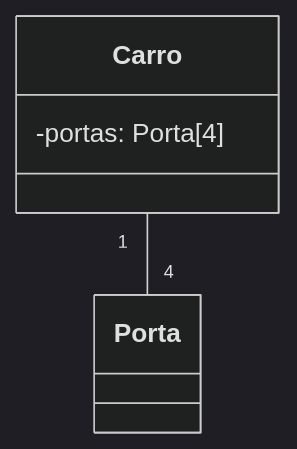
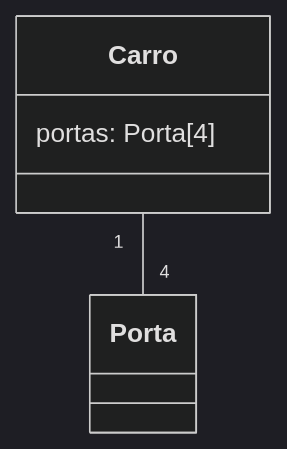
One commit to filipefernandesphd/DOO changed the sixth of 8 diagrams in 2026.2/aula-06/slides/slides.md. Above: the diagram before and after it, drawn with Mermaid (dark theme). The commit also changed other lines of this file and 7 other files, not shown here.

````diff
--- a/2026.2/aula-06/slides/slides.md
+++ b/2026.2/aula-06/slides/slides.md
@@ -156,11 +163,11 @@
 ```mermaid
 classDiagram
   direction TB
   class Carro {
-    -portas: Porta[4]
+    portas: Porta[4]
   }
   class Porta {
 
   }
   Carro "1" -- "4" Porta
 ```
````
